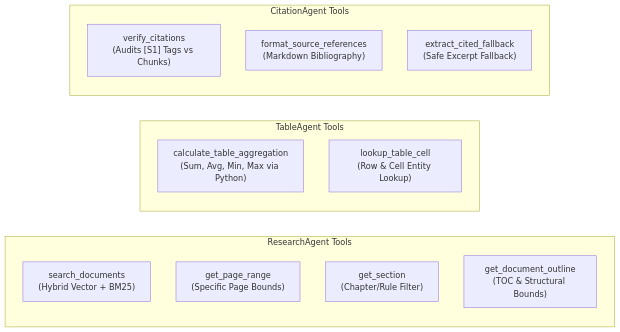
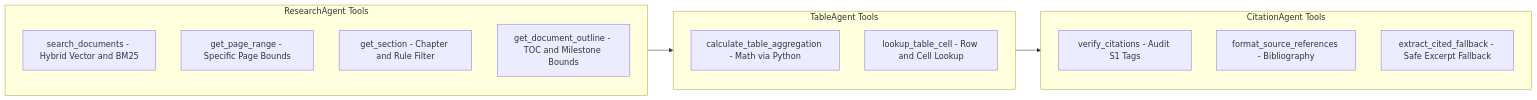
One commit to kartikkukde03/NexusRAG-Supervised-Multi-Agent-RAG-Platform- changed the second of 5 diagrams in architecture_plan.md. Above: the diagram before and after it, drawn with Mermaid. The commit also changed other lines of this file, not shown here.

Commit message:
fix(docs): resolve Mermaid syntax parse errors in architecture_plan.md

````diff
--- a/architecture_plan.md
+++ b/architecture_plan.md
@@ -39,20 +36,22 @@
 ```mermaid
 flowchart LR
     subgraph ResearchTools ["ResearchAgent Tools"]
-        T1["search_documents\n(Hybrid Vector + BM25)"]
-        T2["get_page_range\n(Specific Page Bounds)"]
-        T3["get_section\n(Chapter/Rule Filter)"]
-        T4["get_document_outline\n(TOC & Structural Bounds)"]
+        T1["search_documents - Hybrid Vector and BM25"]
+        T2["get_page_range - Specific Page Bounds"]
+        T3["get_section - Chapter and Rule Filter"]
+        T4["get_document_outline - TOC and Milestone Bounds"]
     end
 
     subgraph TableTools ["TableAgent Tools"]
-        T5["calculate_table_aggregation\n(Sum, Avg, Min, Max via Python)"]
-        T6["lookup_table_cell\n(Row & Cell Entity Lookup)"]
+        T5["calculate_table_aggregation - Math via Python"]
+        T6["lookup_table_cell - Row and Cell Lookup"]
     end
 
     subgraph CitationTools ["CitationAgent Tools"]
-        T7["verify_citations\n(Audits [S1] Tags vs Chunks)"]
-        T8["format_source_references\n(Markdown Bibliography)"]
-        T9["extract_cited_fallback\n(Safe Excerpt Fallback)"]
+        T7["verify_citations - Audit S1 Tags"]
+        T8["format_source_references - Bibliography"]
+        T9["extract_cited_fallback - Safe Excerpt Fallback"]
     end
+
+    ResearchTools --> TableTools --> CitationTools
 ```
````
